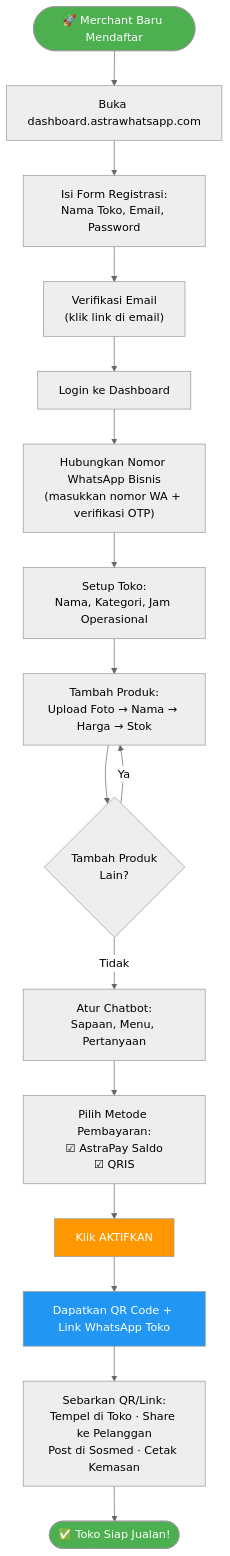
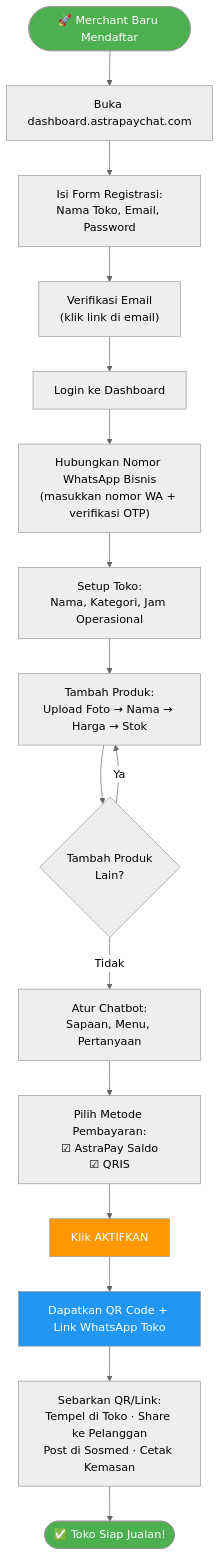
The first of 10 diagrams in doc/flow.md (wmprawiro/astrapay-hackathon-2026), drawn with Mermaid (neutral theme) before and after one commit. The commit also changed other lines of this file and 3 other files, not shown here.

````diff
--- a/doc/flow.md
+++ b/doc/flow.md
@@ -10,23 +10,23 @@
 ```mermaid
 flowchart TD
-    START(["🚀 Merchant Baru Mendaftar"]) --> REG["Buka dashboard.astrawhatsapp.com"]
+    START(["🚀 Merchant Baru Mendaftar"]) --> REG["Buka dashboard.astrapaychat.com"]
     REG --> FORM["Isi Form Registrasi:<br/>Nama Toko, Email, Password"]
     FORM --> VERIFY["Verifikasi Email<br/>(klik link di email)"]
     VERIFY --> LOGIN["Login ke Dashboard"]
     LOGIN --> CONNECT["Hubungkan Nomor WhatsApp Bisnis<br/>(masukkan nomor WA + verifikasi OTP)"]
     CONNECT --> SETUP_STORE["Setup Toko:<br/>Nama, Kategori, Jam Operasional"]
     SETUP_STORE --> ADD_PRODUCT["Tambah Produk:<br/>Upload Foto → Nama → Harga → Stok"]
     ADD_PRODUCT --> MORE{"Tambah Produk<br/>Lain?"}
     MORE -->|Ya| ADD_PRODUCT
     MORE -->|Tidak| CHATBOT["Atur Chatbot:<br/>Sapaan, Menu, Pertanyaan"]
     CHATBOT --> PAYMENT["Pilih Metode Pembayaran:<br/>☑ AstraPay Saldo<br/>☑ QRIS"]
     PAYMENT --> ACTIVATE["Klik AKTIFKAN"]
     ACTIVATE --> QR["Dapatkan QR Code + Link WhatsApp Toko"]
     QR --> SPREAD["Sebarkan QR/Link:<br/>Tempel di Toko · Share ke Pelanggan<br/>Post di Sosmed · Cetak Kemasan"]
     SPREAD --> DONE(["✅ Toko Siap Jualan!"])
 
     style START fill:#4CAF50,color:#fff
     style DONE fill:#4CAF50,color:#fff
     style ACTIVATE fill:#FF9800,color:#fff
     style QR fill:#2196F3,color:#fff
 ```
````
